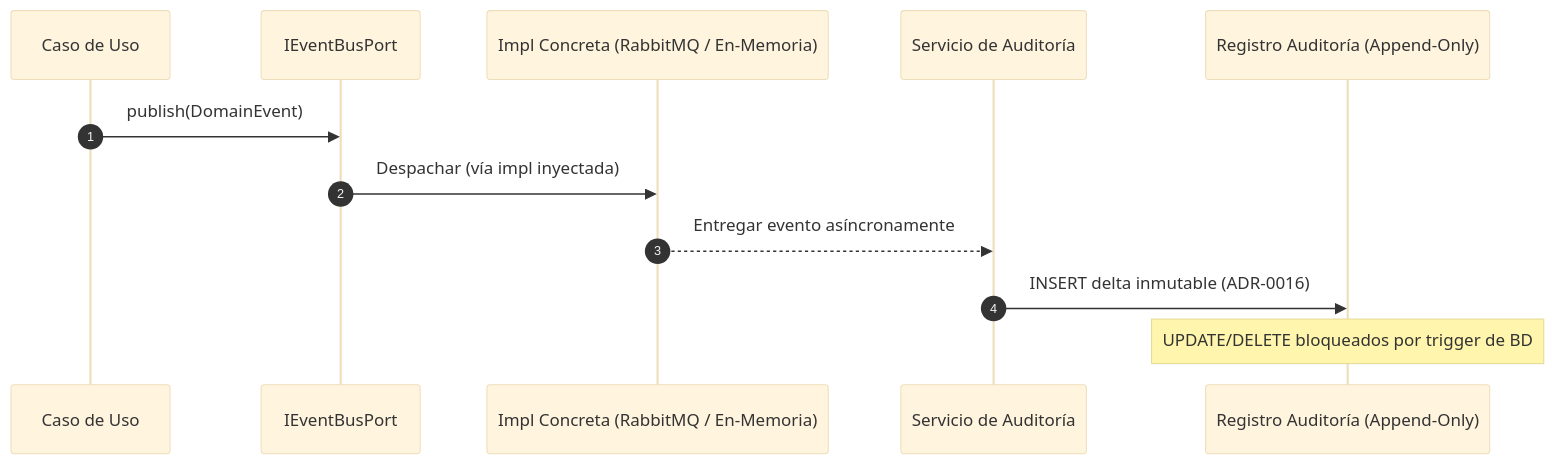
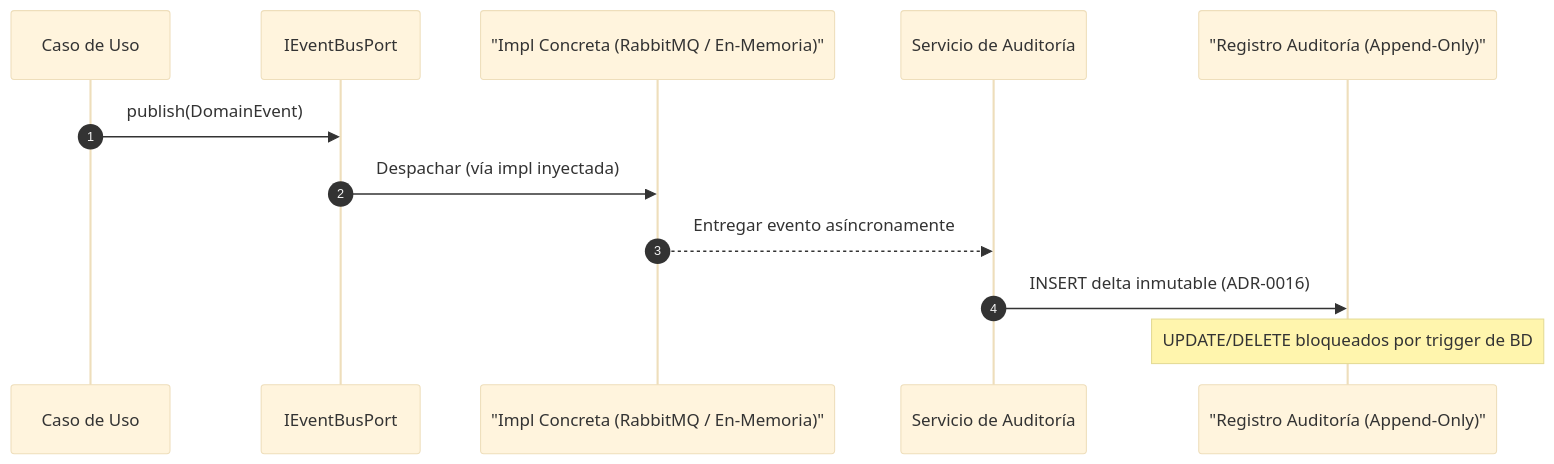
One commit to beyondnetcode/arc32_nodejs_progresive_monolith changed the fourth of 6 diagrams in reference/architecture/blueprints-es/reference-blueprint.md. Above: the diagram before and after it, drawn with Mermaid (base theme). The commit also changed other lines of this file and 47 other files, not shown here.

Commit message:
docs: enforce markdown and diagram standards

````diff
--- a/reference/architecture/blueprints-es/reference-blueprint.md
+++ b/reference/architecture/blueprints-es/reference-blueprint.md
@@ -317,15 +317,15 @@
 ```mermaid
 sequenceDiagram
  autonumber
  participant UC as Caso de Uso
  participant Port as IEventBusPort
- participant Bus as Impl Concreta (RabbitMQ / En-Memoria)
+ participant Bus as "Impl Concreta (RabbitMQ / En-Memoria)"
  participant AuditSvc as Servicio de Auditoría
- participant AuditDB as Registro Auditoría (Append-Only)
+ participant AuditDB as "Registro Auditoría (Append-Only)"
 
  UC->>Port: publish(DomainEvent)
  Port->>Bus: Despachar (vía impl inyectada)
  Bus-->>AuditSvc: Entregar evento asíncronamente
  AuditSvc->>AuditDB: INSERT delta inmutable (ADR-0016)
  Note over AuditDB: UPDATE/DELETE bloqueados por trigger de BD
 ```
````
